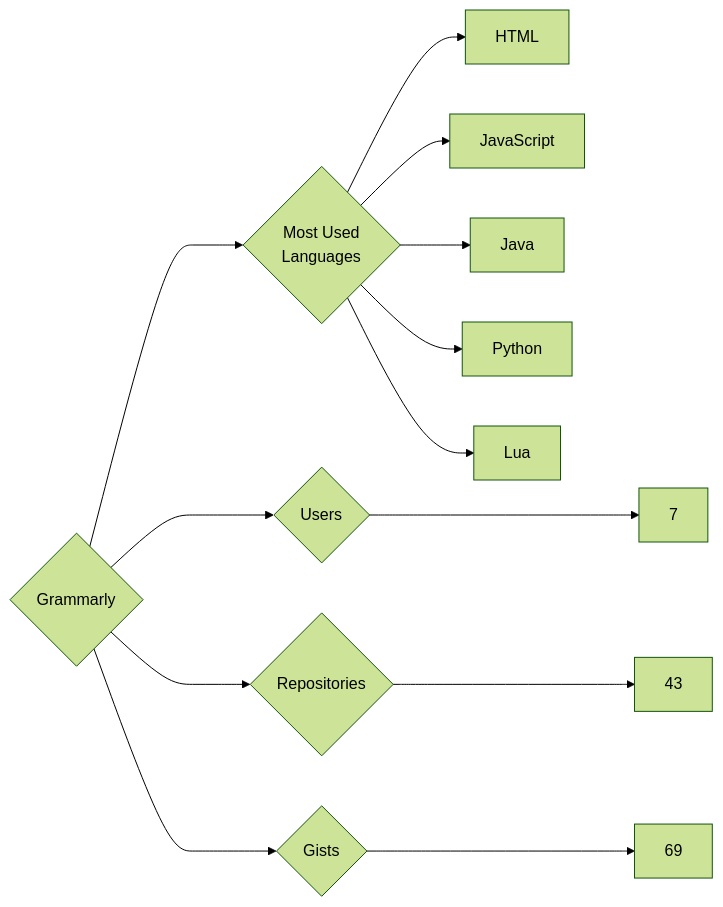
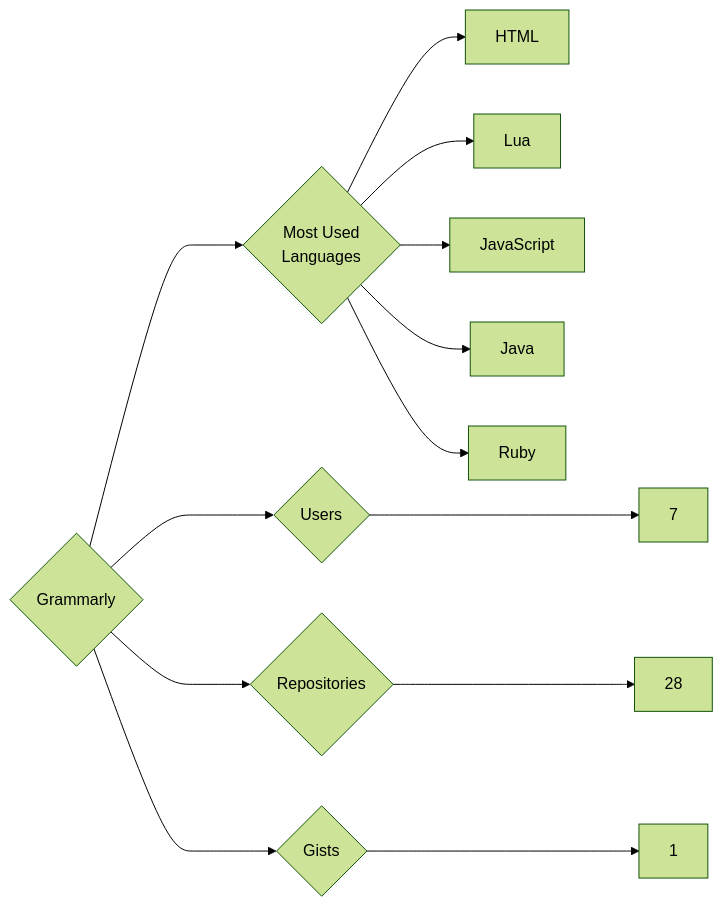
The diagram in targets/Grammarly/README.md (trickest/insiders), drawn with Mermaid (forest theme) before and after one commit. The commit also changed 912 other files, not shown here.

````diff
--- a/targets/Grammarly/README.md
+++ b/targets/Grammarly/README.md
@@ -3,13 +3,13 @@
 ```mermaid
 graph LR
 COMPANY_NAME{Grammarly}
 COMPANY_NAME ---> U{Users} ---> UN[7]
-COMPANY_NAME ---> R{Repositories} ---> RN[43]
-COMPANY_NAME ---> G{Gists} ---> GN[69]
+COMPANY_NAME ---> R{Repositories} ---> RN[28]
+COMPANY_NAME ---> G{Gists} ---> GN[1]
 COMPANY_NAME ---> ML{Most Used<br>Languages}
 ML --> HTML[HTML]
+ML --> Lua[Lua]
 ML --> JavaScript[JavaScript]
 ML --> Java[Java]
-ML --> Python[Python]
-ML --> Lua[Lua]
+ML --> Ruby[Ruby]
 ```
````
